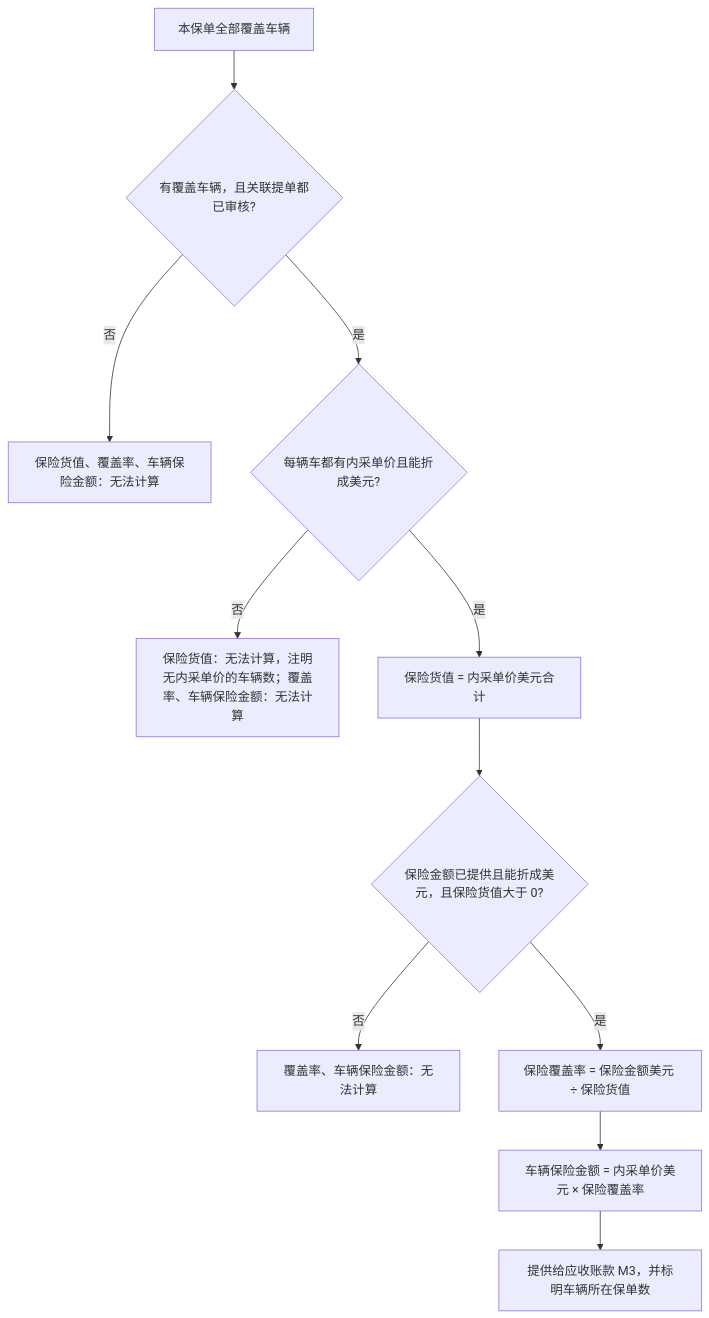
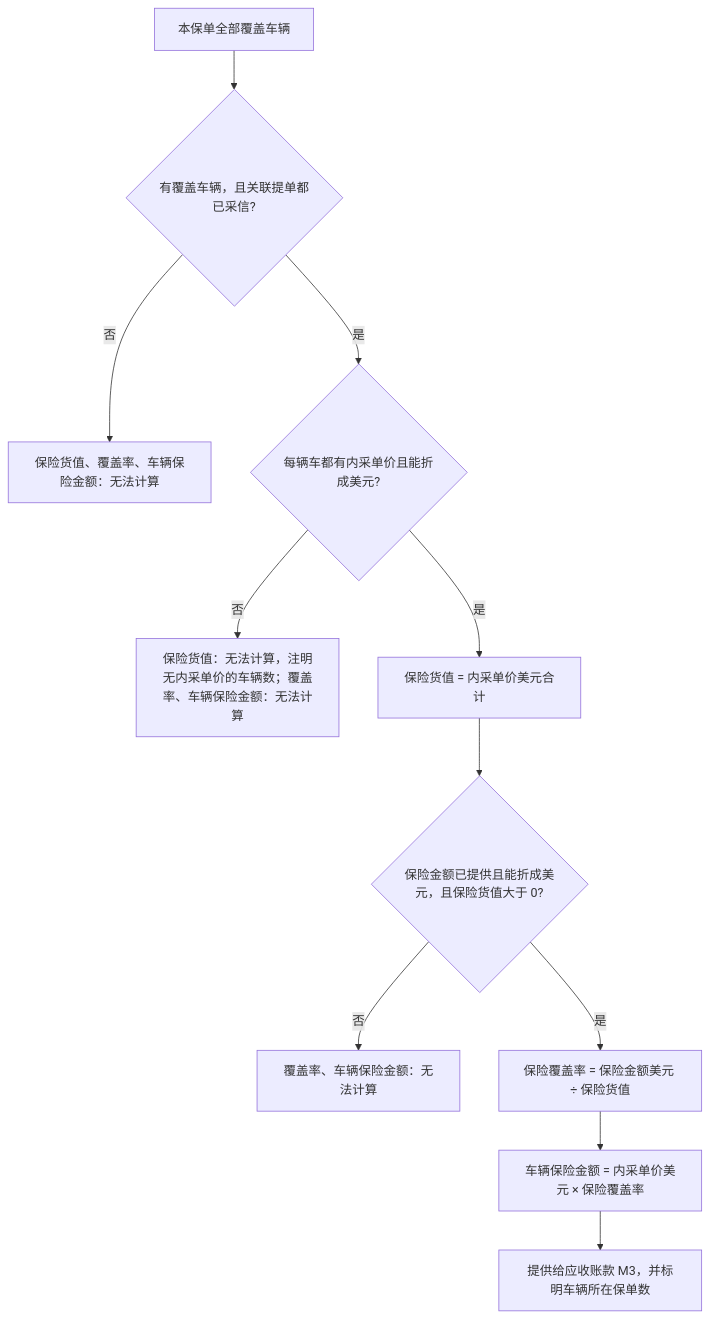
Before and after one commit to wxblockchain/Chain-Financing: the second of 3 diagrams in asset-trust-platform/PRD/运营端/M13-保单信息/02-保单信息-流程图与状态机.md, drawn with Mermaid. The commit also changed other lines of this file and 3 other files, not shown here.

````diff
--- a/asset-trust-platform/PRD/运营端/M13-保单信息/02-保单信息-流程图与状态机.md
+++ b/asset-trust-platform/PRD/运营端/M13-保单信息/02-保单信息-流程图与状态机.md
@@ -41,13 +42,13 @@
 ```mermaid
 flowchart TD
-    S[本保单全部覆盖车辆] --> A{有覆盖车辆，且关联提单都已审核?}
+    S[本保单全部覆盖车辆] --> A{有覆盖车辆，且关联提单都已采信?}
     A -->|否| N1[保险货值、覆盖率、车辆保险金额：无法计算]
     A -->|是| B{每辆车都有内采单价且能折成美元?}
     B -->|否| N2[保险货值：无法计算，注明无内采单价的车辆数；覆盖率、车辆保险金额：无法计算]
     B -->|是| C[保险货值 = 内采单价美元合计]
     C --> D{保险金额已提供且能折成美元，且保险货值大于 0?}
     D -->|否| N3[覆盖率、车辆保险金额：无法计算]
     D -->|是| E[保险覆盖率 = 保险金额美元 ÷ 保险货值]
     E --> F[车辆保险金额 = 内采单价美元 × 保险覆盖率]
     F --> G[提供给应收账款 M3，并标明车辆所在保单数]
 ```
````
